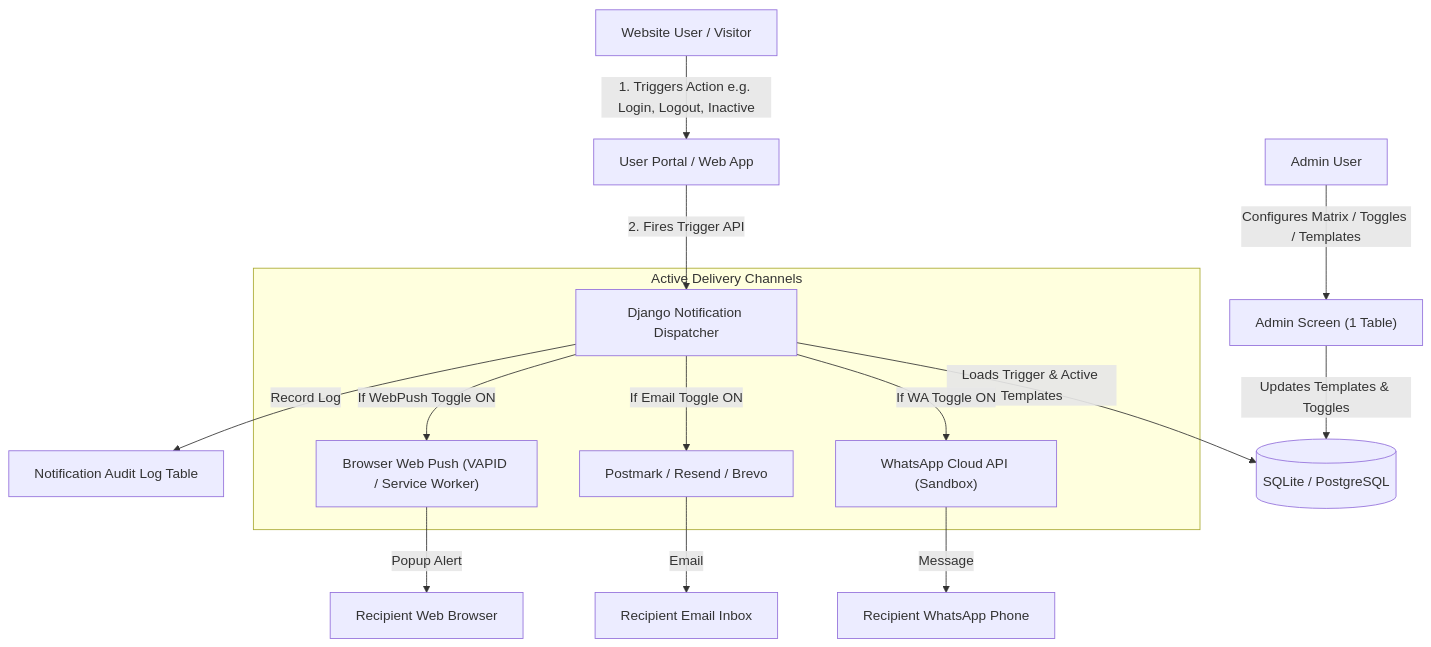
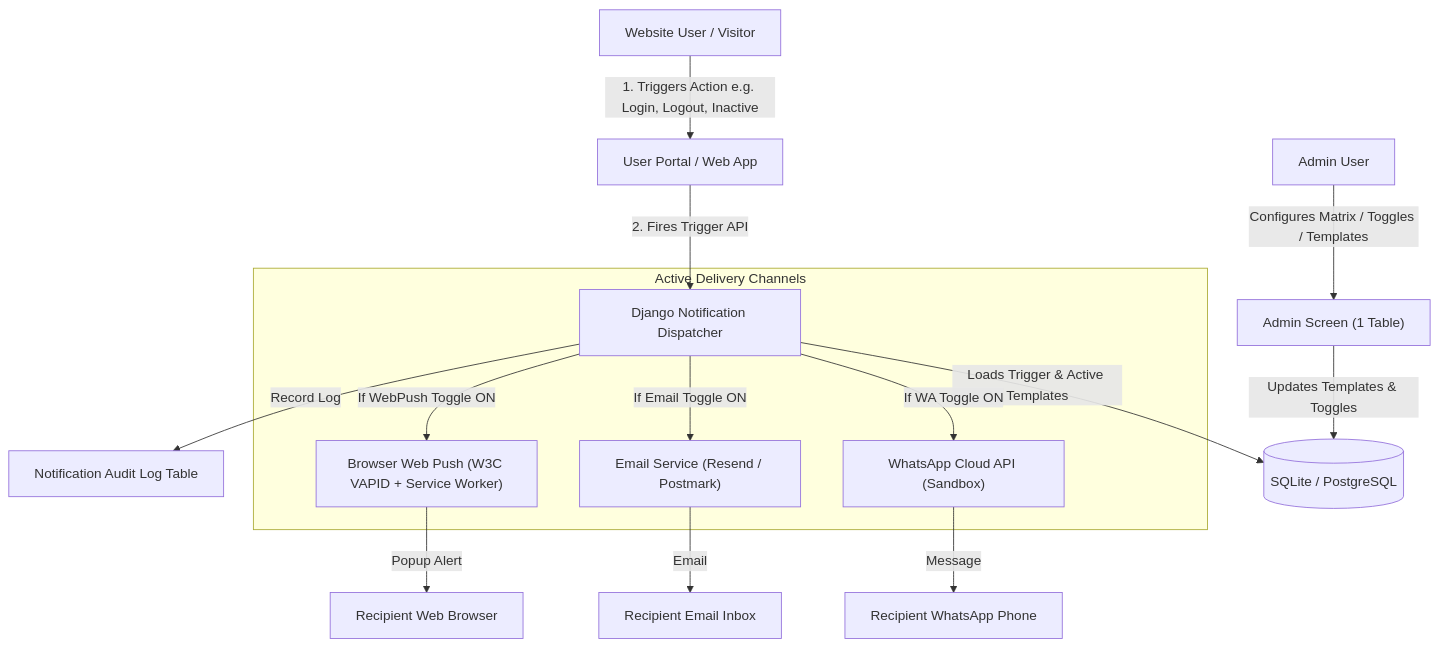
Before and after one commit to Anita-Ya/notification-system: the diagram in README.md, drawn with Mermaid. The commit also changed other lines of this file, not shown here.

Commit message:
Update clean professional README with architecture diagram and assignment submission details

````diff
--- a/README.md
+++ b/README.md
@@ -33,22 +29,22 @@
 ```mermaid
 flowchart TD
     User["Website User / Visitor"] -->|1. Triggers Action e.g. Login, Logout, Inactive| Website["User Portal / Web App"]
     Website -->|2. Fires Trigger API| Dispatcher["Django Notification Dispatcher"]
     
     Admin["Admin User"] -->|Configures Matrix / Toggles / Templates| AdminPanel["Admin Screen (1 Table)"]
     AdminPanel -->|Updates Templates & Toggles| DB[(SQLite / PostgreSQL)]
     
     Dispatcher -->|Loads Trigger & Active Templates| DB
     
     subgraph Channels ["Active Delivery Channels"]
         Dispatcher -->|If WA Toggle ON| WA["WhatsApp Cloud API (Sandbox)"]
-        Dispatcher -->|If Email Toggle ON| Email["Postmark / Resend / Brevo"]
-        Dispatcher -->|If WebPush Toggle ON| Push["Browser Web Push (VAPID / Service Worker)"]
+        Dispatcher -->|If Email Toggle ON| Email["Email Service (Resend / Postmark)"]
+        Dispatcher -->|If WebPush Toggle ON| Push["Browser Web Push (W3C VAPID + Service Worker)"]
     end
     
     WA -->|Message| RecipientPhone["Recipient WhatsApp Phone"]
     Email -->|Email| RecipientInbox["Recipient Email Inbox"]
     Push -->|Popup Alert| RecipientBrowser["Recipient Web Browser"]
     
     Dispatcher -->|Record Log| AuditLog["Notification Audit Log Table"]
 ```
````
